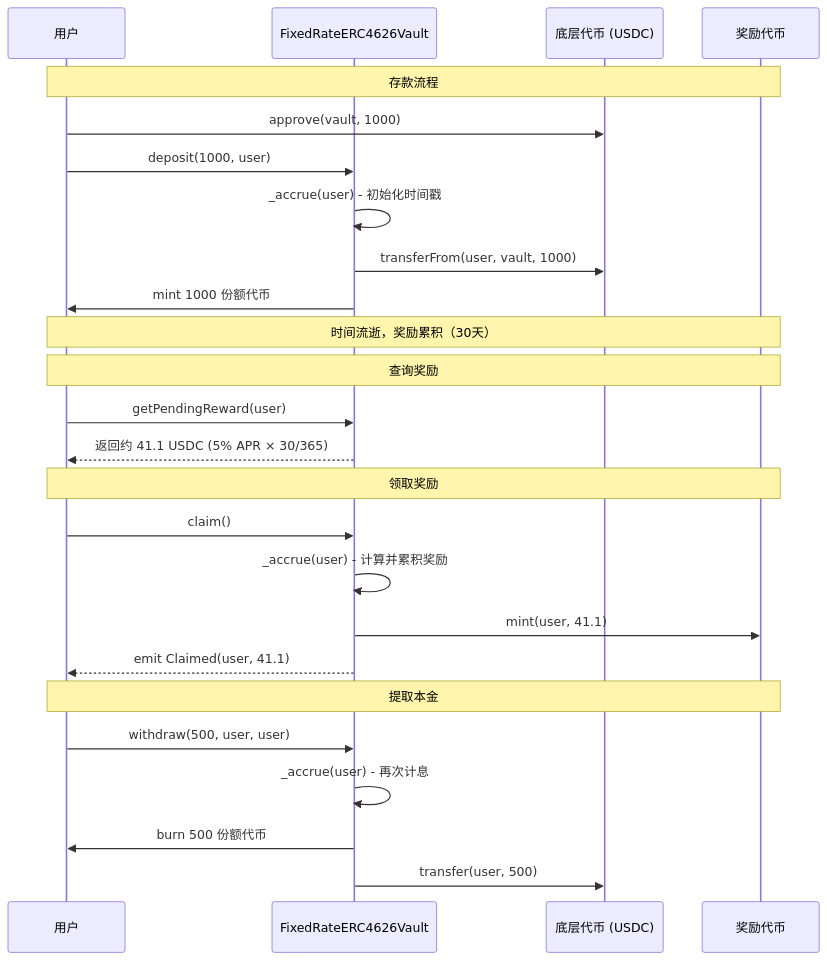
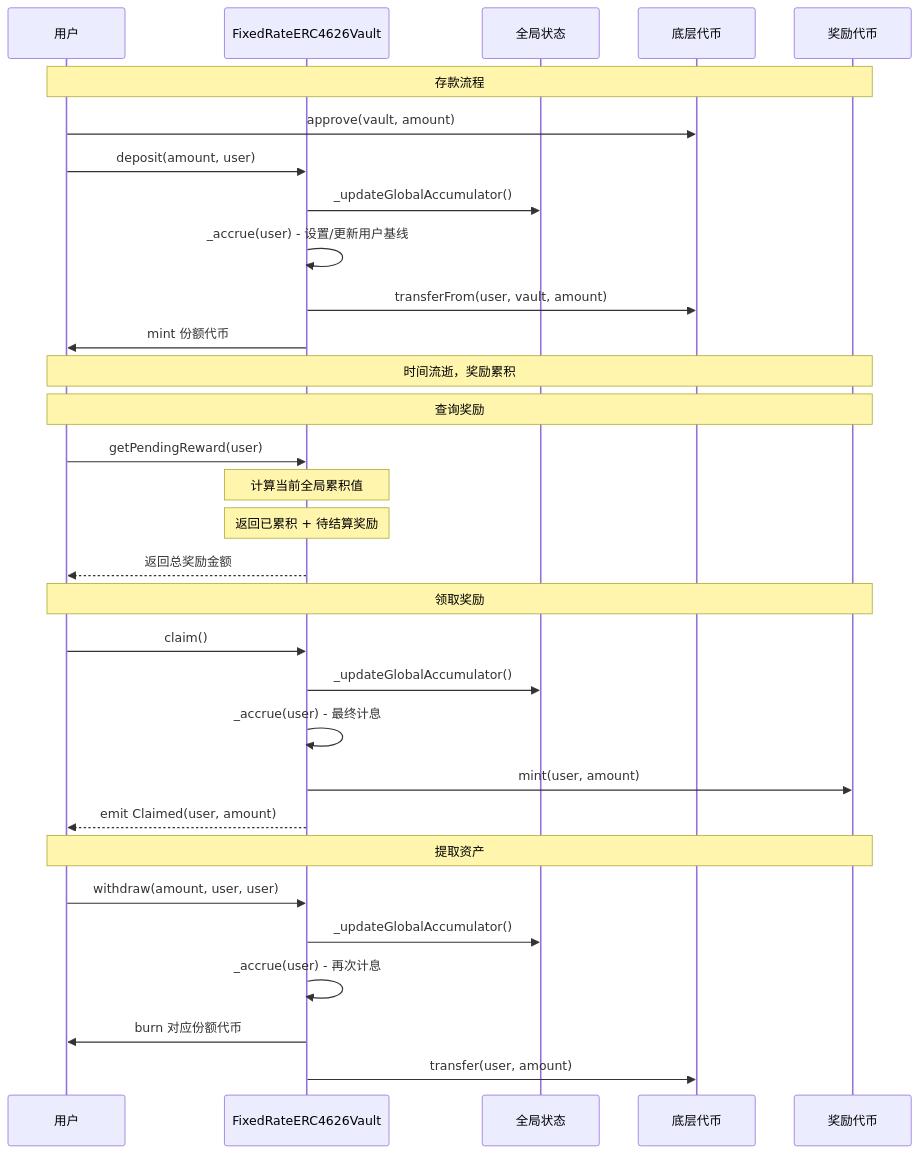
The second of 2 diagrams in docs/lessons/03-vault-contract.md (RohithVetri/defi-fixed-yield-course), drawn with Mermaid before and after one commit. The commit also changed other lines of this file and 5 other files, not shown here.

````diff
--- a/docs/lessons/03-vault-contract.md
+++ b/docs/lessons/03-vault-contract.md
@@ -145,32 +201,38 @@
 ```mermaid
 sequenceDiagram
     participant User as 用户
     participant Vault as FixedRateERC4626Vault
-    participant Underlying as 底层代币 (USDC)
+    participant Global as 全局状态
+    participant Underlying as 底层代币
     participant Reward as 奖励代币
     
     Note over User,Reward: 存款流程
-    User->>Underlying: approve(vault, 1000)
-    User->>Vault: deposit(1000, user)
-    Vault->>Vault: _accrue(user) - 初始化时间戳
-    Vault->>Underlying: transferFrom(user, vault, 1000)
-    Vault->>User: mint 1000 份额代币
+    User->>Underlying: approve(vault, amount)
+    User->>Vault: deposit(amount, user)
+    Vault->>Global: _updateGlobalAccumulator()
+    Vault->>Vault: _accrue(user) - 设置/更新用户基线
+    Vault->>Underlying: transferFrom(user, vault, amount)
+    Vault->>User: mint 份额代币
     
-    Note over User,Reward: 时间流逝，奖励累积（30天）
+    Note over User,Reward: 时间流逝，奖励累积
     
     Note over User,Reward: 查询奖励
     User->>Vault: getPendingReward(user)
-    Vault-->>User: 返回约 41.1 USDC (5% APR × 30/365)
+    Note over Vault: 计算当前全局累积值
+    Note over Vault: 返回已累积 + 待结算奖励
+    Vault-->>User: 返回总奖励金额
     
     Note over User,Reward: 领取奖励
     User->>Vault: claim()
-    Vault->>Vault: _accrue(user) - 计算并累积奖励
-    Vault->>Reward: mint(user, 41.1)
-    Vault-->>User: emit Claimed(user, 41.1)
+    Vault->>Global: _updateGlobalAccumulator()
+    Vault->>Vault: _accrue(user) - 最终计息
+    Vault->>Reward: mint(user, amount)
+    Vault-->>User: emit Claimed(user, amount)
     
-    Note over User,Reward: 提取本金
-    User->>Vault: withdraw(500, user, user)
+    Note over User,Reward: 提取资产
+    User->>Vault: withdraw(amount, user, user)
+    Vault->>Global: _updateGlobalAccumulator()
     Vault->>Vault: _accrue(user) - 再次计息
-    Vault->>User: burn 500 份额代币
-    Vault->>Underlying: transfer(user, 500)
+    Vault->>User: burn 对应份额代币
+    Vault->>Underlying: transfer(user, amount)
 ```
````
